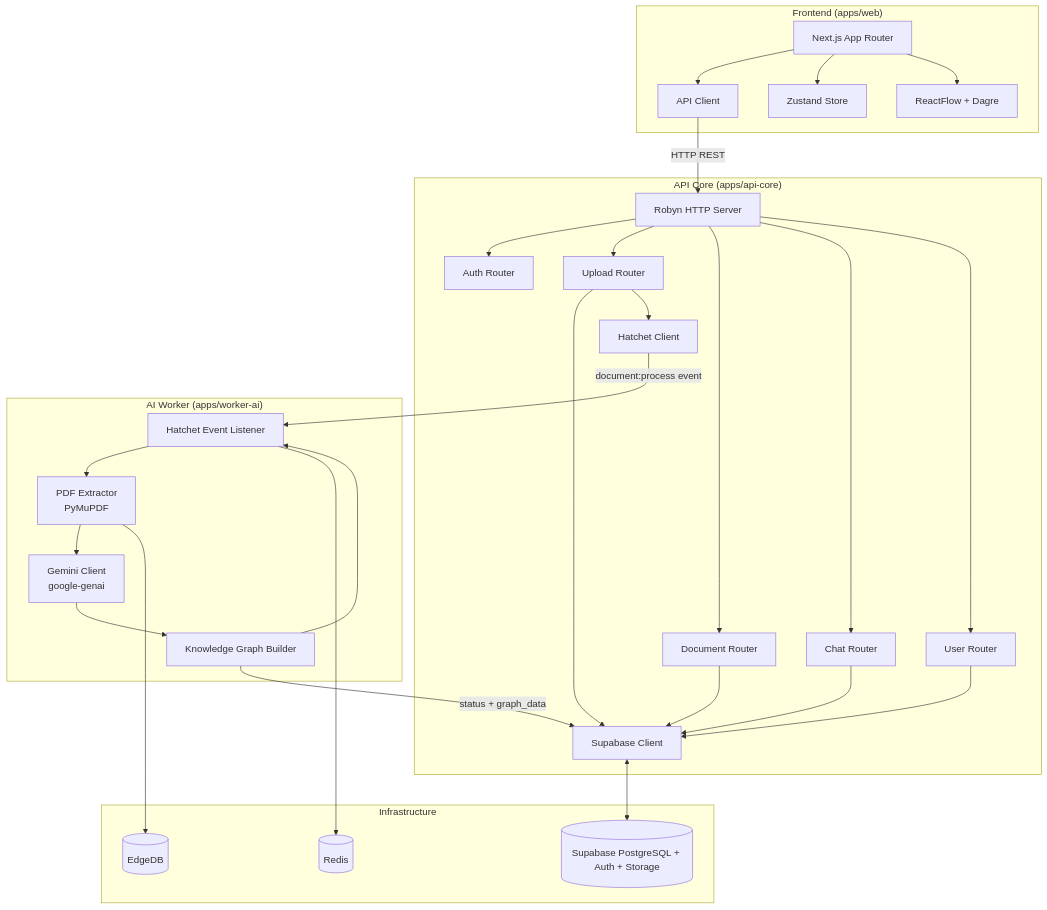
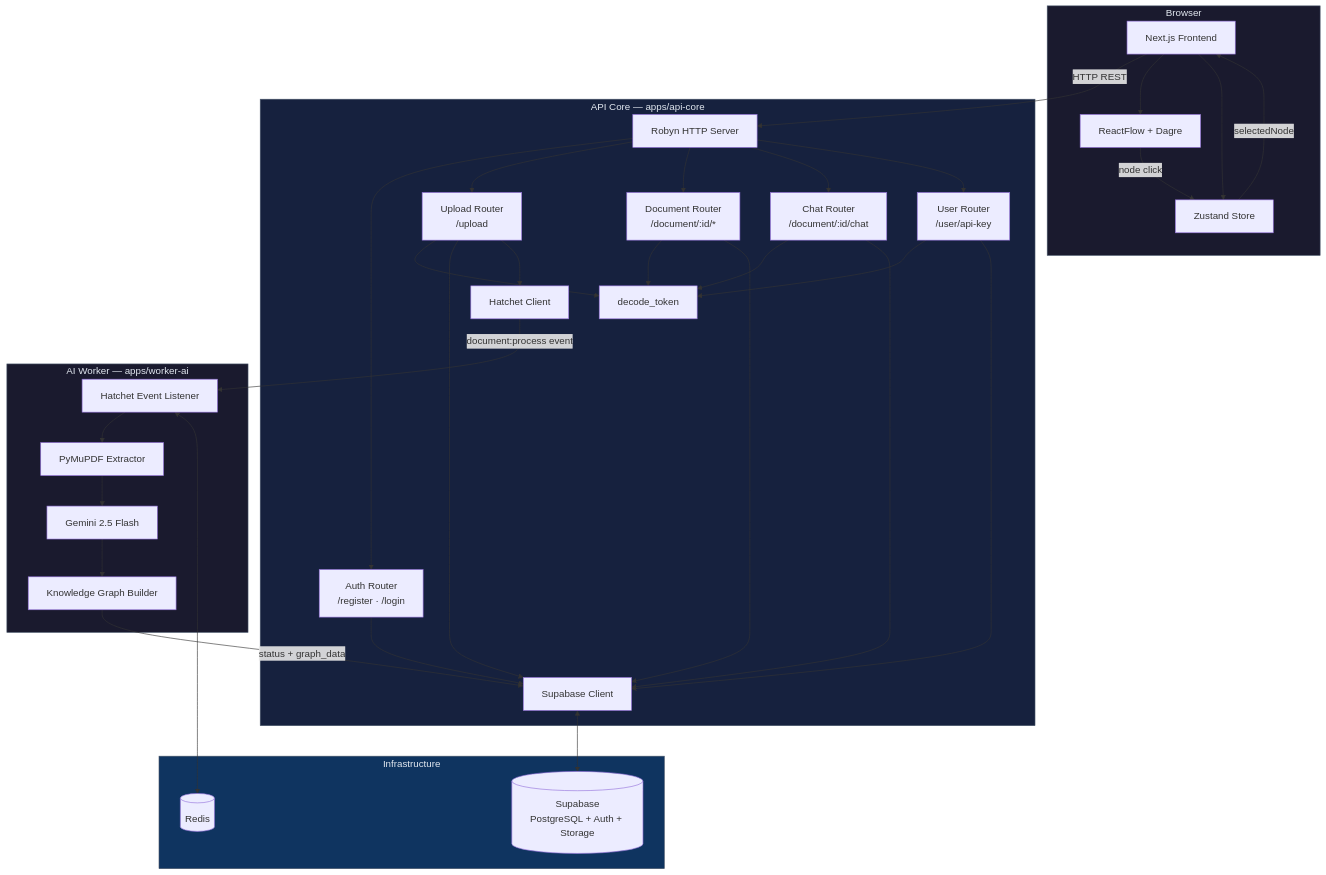
One commit to Sane219/OmniVault changed the first of 4 diagrams in docs/architecture.md. Above: the diagram before and after it, drawn with Mermaid. The commit also changed other lines of this file and 9 other files, not shown here.

````diff
--- a/docs/architecture.md
+++ b/docs/architecture.md
@@ -19,62 +20,69 @@
 ```mermaid
 flowchart TB
-    subgraph Frontend["Frontend (apps/web)"]
-        WF1[Next.js App Router]
-        WF2[Zustand Store]
-        WF3[ReactFlow + Dagre]
-        WF4[API Client]
+    subgraph Client["Browser"]
+        UI[Next.js Frontend]
+        RF[ReactFlow + Dagre]
+        ZS[Zustand Store]
     end
 
-    subgraph Backend["API Core (apps/api-core)"]
-        BR1[Robyn HTTP Server]
-        BR2[Auth Router]
-        BR3[Upload Router]
-        BR4[Document Router]
-        BR5[Chat Router]
-        BR6[User Router]
-        BR7[Supabase Client]
-        BR8[Hatchet Client]
+    subgraph API["API Core — apps/api-core"]
+        ROBYN[Robyn HTTP Server]
+        AUTH_R[Auth Router<br/>/register · /login]
+        UPLOAD_R[Upload Router<br/>/upload]
+        DOC_R[Document Router<br/>/document/:id/*]
+        CHAT_R[Chat Router<br/>/document/:id/chat]
+        USER_R[User Router<br/>/user/api-key]
+        AUTH_GUARD[decode_token]
+        DB_CLIENT[Supabase Client]
+        HATCHET_C[Hatchet Client]
     end
 
-    subgraph Infrastructure["Infrastructure"]
-        SUP[(Supabase PostgreSQL + Auth + Storage)]
-        REDIS[(Redis)]
-        EDGEDB[(EdgeDB)]
+    subgraph Worker["AI Worker — apps/worker-ai"]
+        H_LISTENER[Hatchet Event Listener]
+        PYMUPDF[PyMuPDF Extractor]
+        GEMINI[Gemini 2.5 Flash]
+        KG_BUILDER[Knowledge Graph Builder]
     end
 
-    subgraph Worker["AI Worker (apps/worker-ai)"]
-        WR1[Hatchet Event Listener]
-        WR2[PDF Extractor<br/>PyMuPDF]
-        WR3[Gemini Client<br/>google-genai]
-        WR4[Knowledge Graph Builder]
+    subgraph Infra["Infrastructure"]
+        SUPABASE[(Supabase<br/>PostgreSQL + Auth + Storage)]
+        REDIS[(Redis)]
     end
 
-    WF1 --> WF4
-    WF4 -->|HTTP REST| BR1
-    WF1 --> WF2
-    WF1 --> WF3
+    UI -->|HTTP REST| ROBYN
+    UI --> RF
+    UI --> ZS
+    RF -->|node click| ZS
+    ZS -->|selectedNode| UI
 
-    BR1 --> BR2
-    BR1 --> BR3
-    BR1 --> BR4
-    BR1 --> BR5
-    BR1 --> BR6
+    ROBYN --> AUTH_R
+    ROBYN --> UPLOAD_R
+    ROBYN --> DOC_R
+    ROBYN --> CHAT_R
+    ROBYN --> USER_R
 
-    BR3 --> BR7
-    BR4 --> BR7
-    BR5 --> BR7
-    BR6 --> BR7
+    AUTH_R --> DB_CLIENT
+    UPLOAD_R --> AUTH_GUARD
+    UPLOAD_R --> DB_CLIENT
+    UPLOAD_R --> HATCHET_C
+    DOC_R --> AUTH_GUARD
+    DOC_R --> DB_CLIENT
+    CHAT_R --> AUTH_GUARD
+    CHAT_R --> DB_CLIENT
+    USER_R --> AUTH_GUARD
+    USER_R --> DB_CLIENT
 
-    BR3 --> BR8
-    BR8 -->|document:process event| WR1
+    HATCHET_C -->|document:process event| H_LISTENER
+    H_LISTENER --> PYMUPDF
+    PYMUPDF --> GEMINI
+    GEMINI --> KG_BUILDER
+    KG_BUILDER -->|status + graph_data| DB_CLIENT
 
-    WR1 --> WR2
-    WR2 --> WR3
-    WR3 --> WR4
-    WR4 -->|status + graph_data| BR7
-    WR4 --> WR1
+    DB_CLIENT <--> SUPABASE
+    H_LISTENER <--> REDIS
 
-    BR7 <--> SUP
-    WR1 --> REDIS
-    WR2 --> EDGEDB
+    style Client fill:#1a1a2e,stroke:#475569,color:#e2e8f0
+    style API fill:#16213e,stroke:#475569,color:#e2e8f0
+    style Worker fill:#1a1a2e,stroke:#475569,color:#e2e8f0
+    style Infra fill:#0f3460,stroke:#475569,color:#e2e8f0
 ```
````
